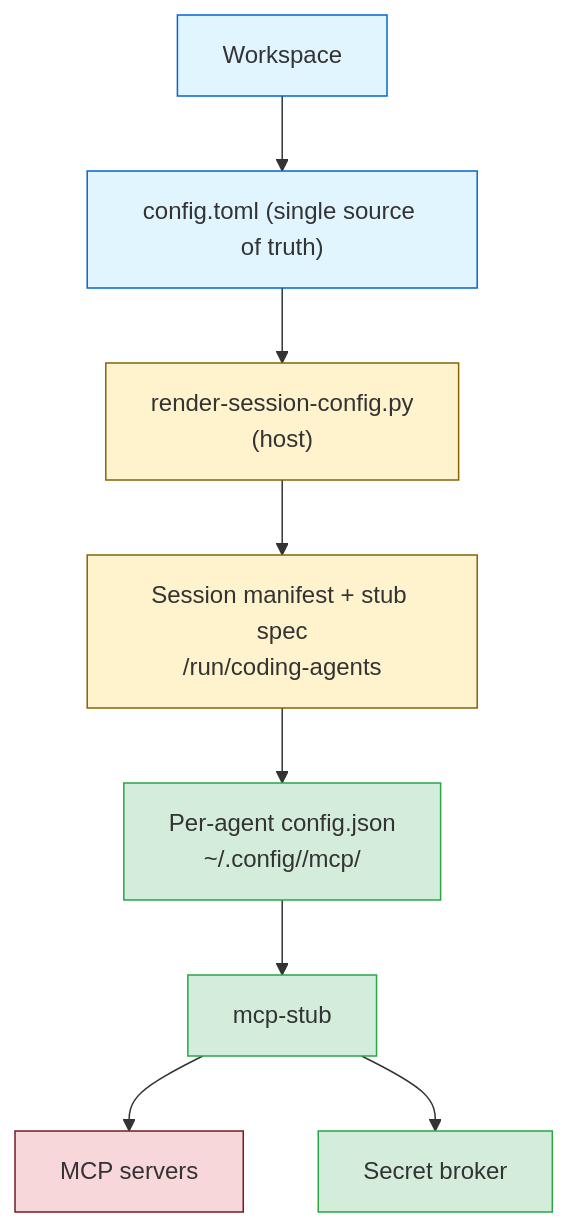
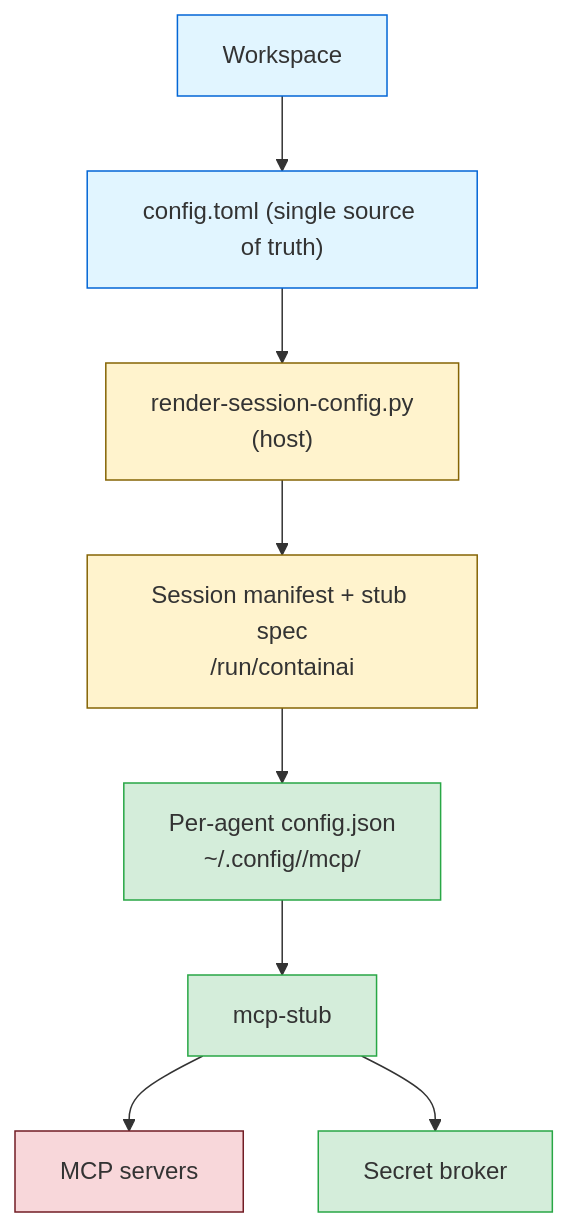
Before and after one commit to novotnyllc/ContainAI: the ninth of 14 diagrams in docs/architecture.md, drawn with Mermaid. The commit also changed other lines of this file and 109 other files, not shown here.

````diff
--- a/docs/architecture.md
+++ b/docs/architecture.md
@@ -360,23 +360,23 @@
 ```mermaid
 flowchart TB
     workspace["Workspace"]
     configToml["config.toml (single source of truth)"]
     renderer["render-session-config.py<br/>(host)"]
-    manifest["Session manifest + stub spec<br/>/run/coding-agents"]
+    manifest["Session manifest + stub spec<br/>/run/containai"]
     agentCfgs["Per-agent config.json<br/>~/.config/<agent>/mcp/"]
     stub["mcp-stub"]
     broker["Secret broker"]
     mcp["MCP servers"]
 
     workspace --> configToml --> renderer --> manifest --> agentCfgs --> stub --> mcp
     stub --> broker
 
     style workspace fill:#e1f5ff,stroke:#0366d6
     style configToml fill:#e1f5ff,stroke:#0366d6
     style renderer fill:#fff3cd,stroke:#856404
     style manifest fill:#fff3cd,stroke:#856404
     style agentCfgs fill:#d4edda,stroke:#28a745
     style stub fill:#d4edda,stroke:#28a745
     style broker fill:#d4edda,stroke:#28a745
     style mcp fill:#f8d7da,stroke:#721c24
 ```
````
